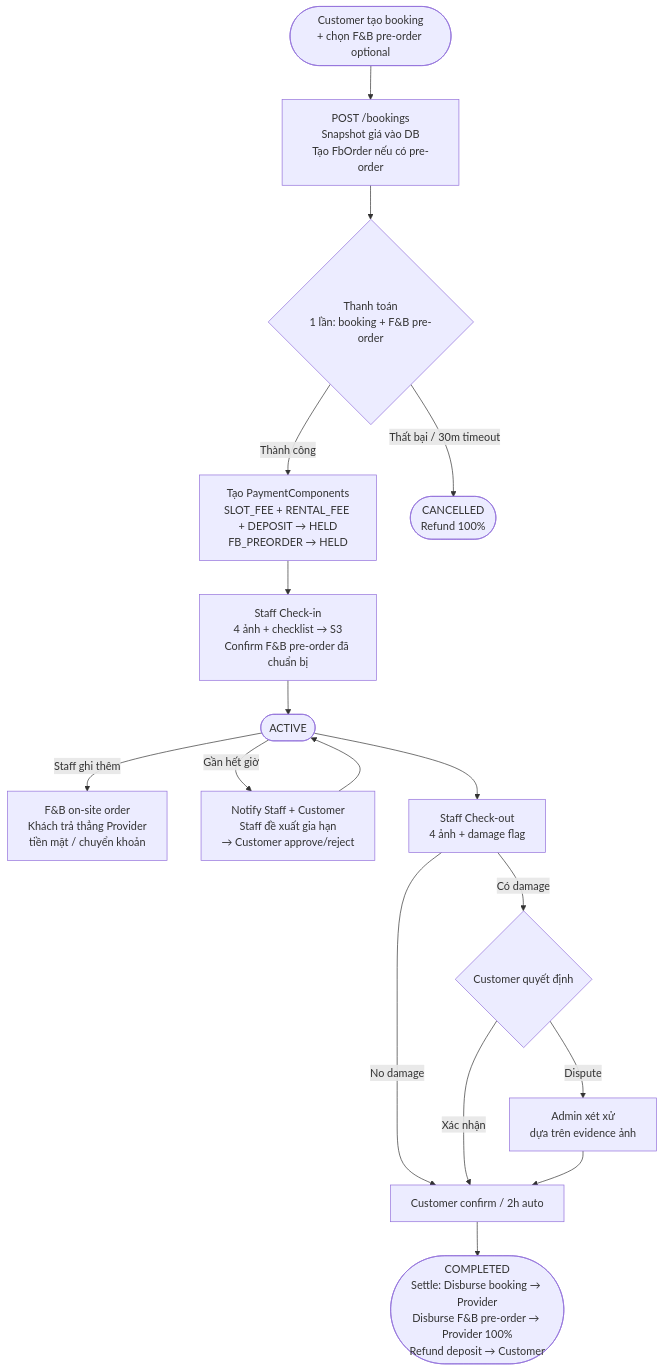
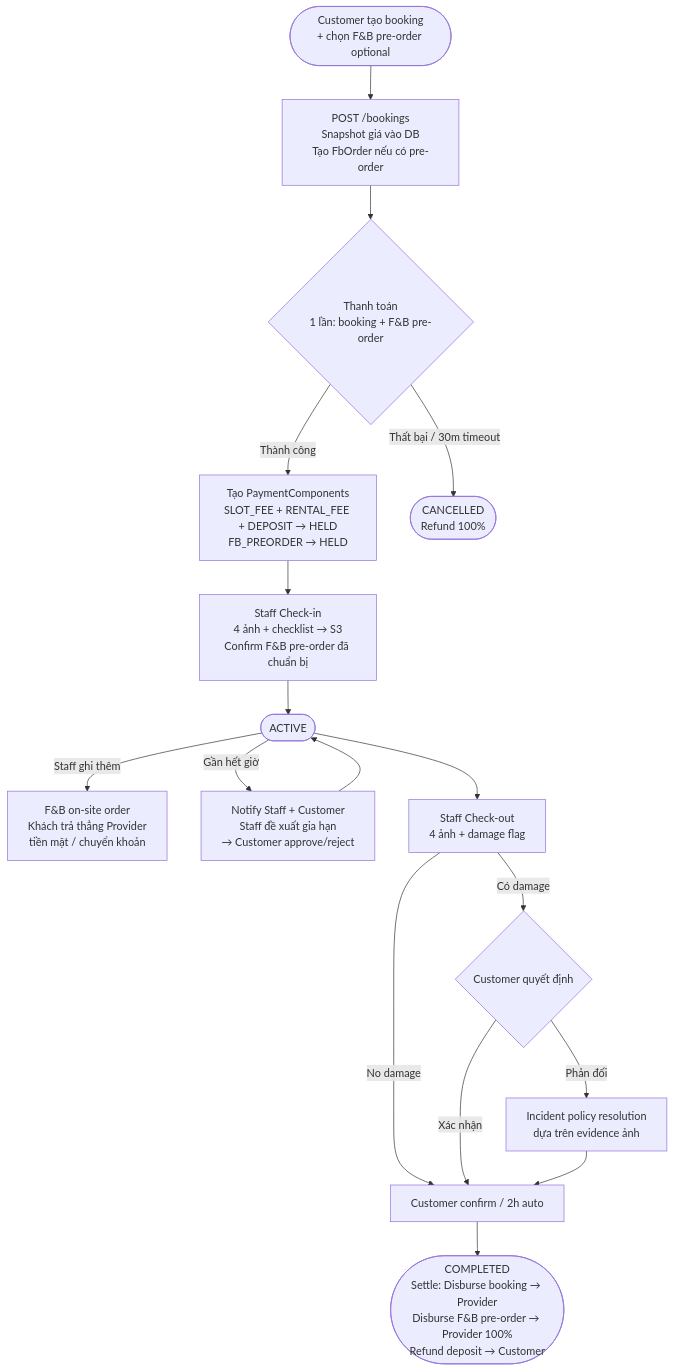
One commit to RCField-SEP490/rcfield-spec changed the fourth of 4 diagrams in docs/architecture/00-system-overview.md. Above: the diagram before and after it, drawn with Mermaid. The commit also changed other lines of this file and 15 other files, not shown here.

First line of the commit message:
Refactor business rules for booking, dispute resolution, fleet management, inspections, promotions, and documentation updates

````diff
--- a/docs/architecture/00-system-overview.md
+++ b/docs/architecture/00-system-overview.md
@@ -154,19 +154,19 @@
 ```mermaid
 flowchart TD
     A([Customer tạo booking\n+ chọn F&B pre-order optional]) --> B[POST /bookings\nSnapshot giá vào DB\nTạo FbOrder nếu có pre-order]
     B --> C{Thanh toán\n1 lần: booking + F&B pre-order}
     C -->|Thành công| D[Tạo PaymentComponents\nSLOT_FEE + RENTAL_FEE + DEPOSIT → HELD\nFB_PREORDER → HELD]
     C -->|Thất bại / 30m timeout| E([CANCELLED\nRefund 100%])
     D --> F[Staff Check-in\n4 ảnh + checklist → S3\nConfirm F&B pre-order đã chuẩn bị]
     F --> G([ACTIVE])
     G -->|Staff ghi thêm| G2[F&B on-site order\nKhách trả thẳng Provider\ntiền mặt / chuyển khoản]
     G -->|Gần hết giờ| H[Notify Staff + Customer\nStaff đề xuất gia hạn\n→ Customer approve/reject]
     H --> G
     G --> I[Staff Check-out\n4 ảnh + damage flag]
     I -->|No damage| J[Customer confirm / 2h auto]
     I -->|Có damage| K{Customer quyết định}
     K -->|Xác nhận| J
-    K -->|Dispute| L[Admin xét xử\ndựa trên evidence ảnh]
+    K -->|Phản đối| L[Incident policy resolution\ndựa trên evidence ảnh]
     L --> J
     J --> M([COMPLETED\nSettle: Disburse booking → Provider\nDisburse F&B pre-order → Provider 100%\nRefund deposit → Customer])
 ```
````
